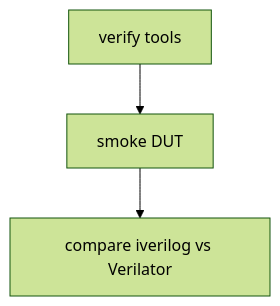
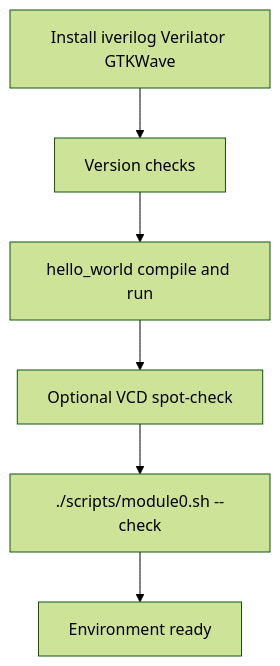
Before and after one commit to universal-verification-methodology/learn_verilator_iverilog: the diagram in media/module0/assets/diagrams/testing_methods.mmd, drawn with Mermaid (forest theme). The commit also changed 1112 other files, not shown here.

```diff
--- a/media/module0/assets/diagrams/testing_methods.mmd
+++ b/media/module0/assets/diagrams/testing_methods.mmd
@@ -1,3 +1,6 @@
 flowchart TD
-  A[verify tools] --> B[smoke DUT]
-  B --> C[compare iverilog vs Verilator]
+  INSTALL[Install iverilog Verilator GTKWave] --> VER[Version checks]
+  VER --> SMOKE[hello_world compile and run]
+  SMOKE --> WAVE[Optional VCD spot-check]
+  WAVE --> REG[./scripts/module0.sh --check]
+  REG --> DONE[Environment ready]
```
